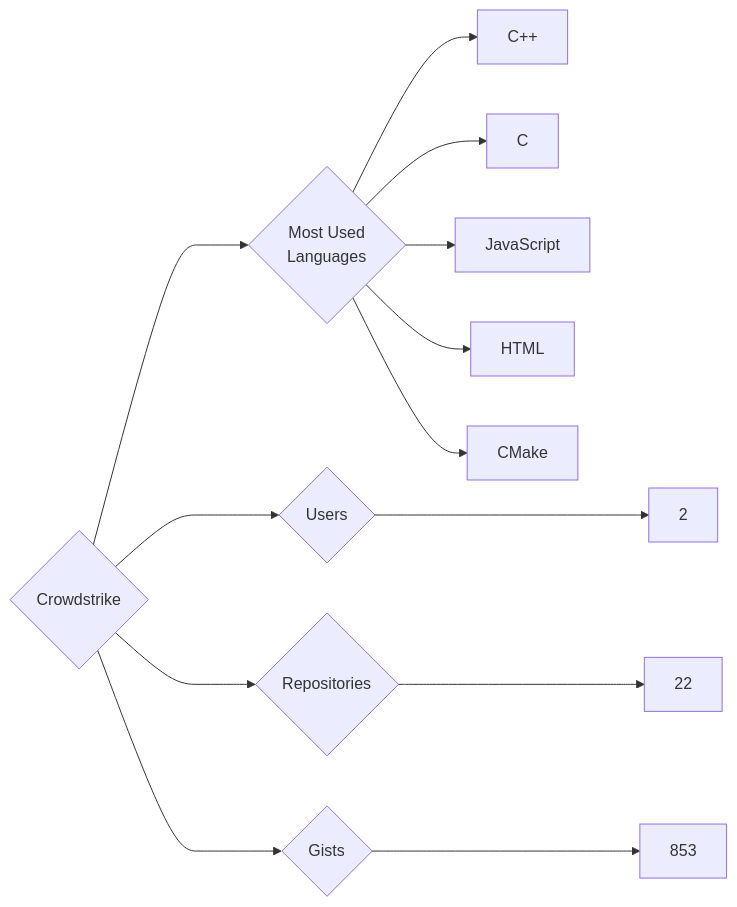
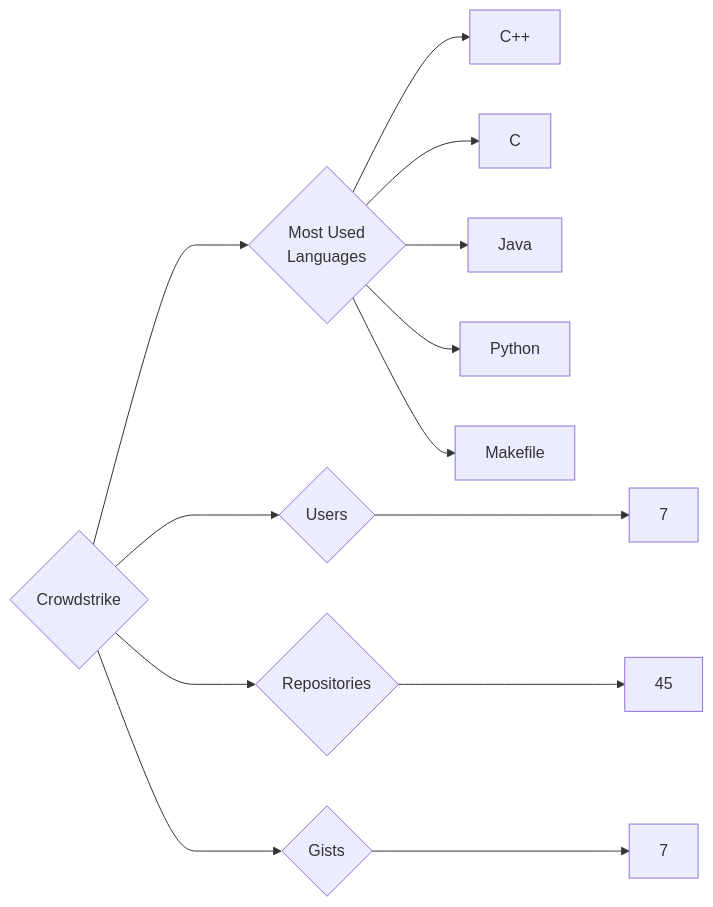
Before and after one commit to trickest/insiders: the diagram in targets/Crowdstrike/README.md, drawn with Mermaid. The commit also changed 1149 other files, not shown here.

````diff
--- a/targets/Crowdstrike/README.md
+++ b/targets/Crowdstrike/README.md
@@ -3,13 +3,13 @@
 ```mermaid
 graph LR
 COMPANY_NAME{Crowdstrike}
-COMPANY_NAME ---> U{Users} ---> UN[2]
-COMPANY_NAME ---> R{Repositories} ---> RN[22]
-COMPANY_NAME ---> G{Gists} ---> GN[853]
+COMPANY_NAME ---> U{Users} ---> UN[7]
+COMPANY_NAME ---> R{Repositories} ---> RN[45]
+COMPANY_NAME ---> G{Gists} ---> GN[7]
 COMPANY_NAME ---> ML{Most Used<br>Languages}
 ML --> C++[C++]
 ML --> C[C]
-ML --> JavaScript[JavaScript]
-ML --> HTML[HTML]
-ML --> CMake[CMake]
+ML --> Java[Java]
+ML --> Python[Python]
+ML --> Makefile[Makefile]
 ```
````
